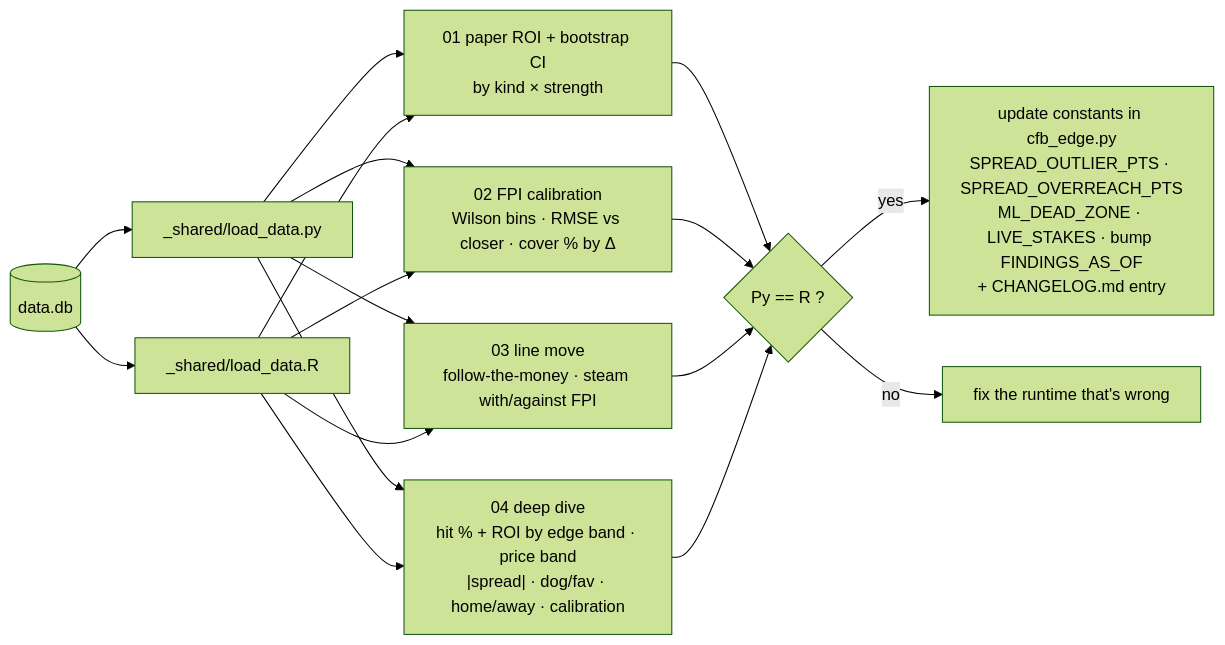
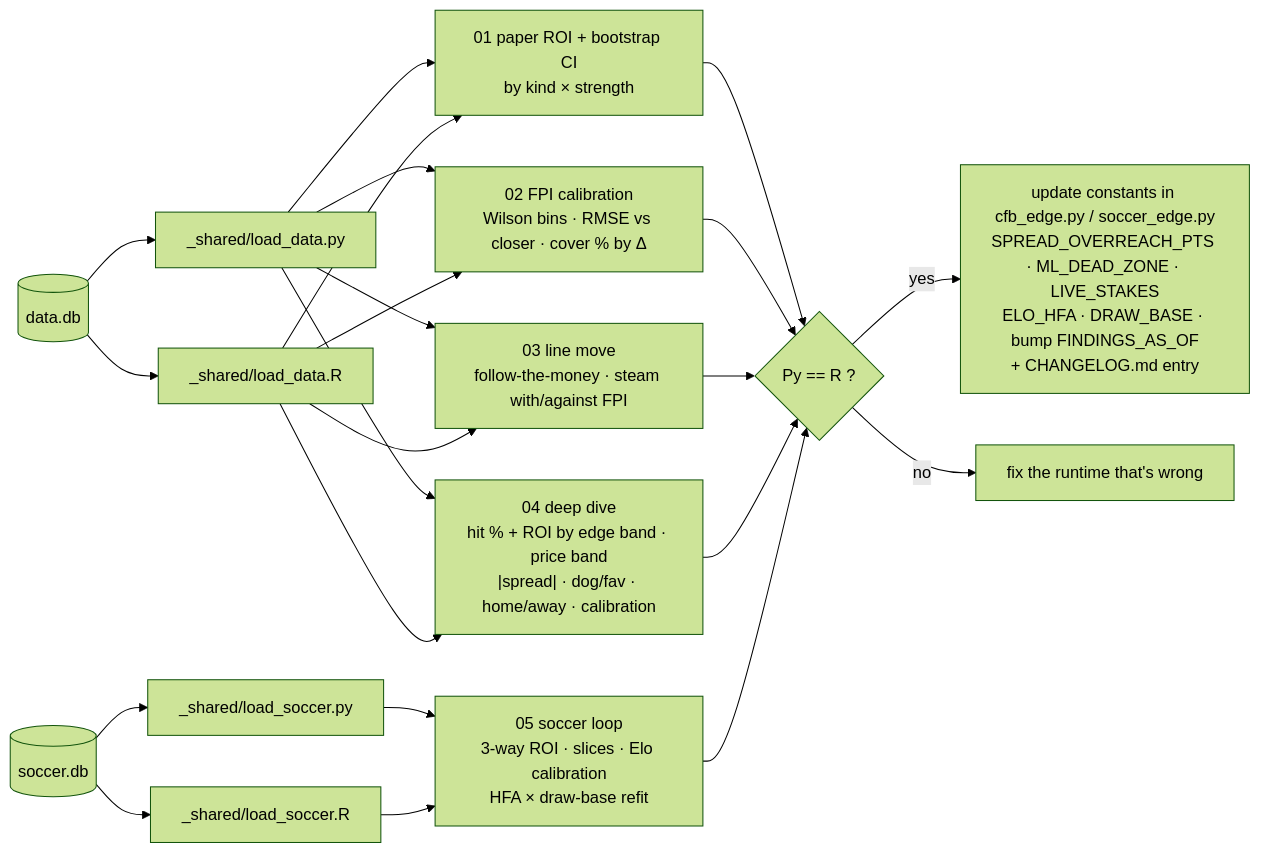
Before and after one commit to wbp318/cfb_pro_soccer_2026: the ninth of 13 diagrams in README.md, drawn with Mermaid (forest theme). The commit also changed other lines of this file and 10 other files, not shown here.

````diff
--- a/README.md
+++ b/README.md
@@ -562,12 +566,15 @@
 ```mermaid
 flowchart LR
     DB[("data.db")] --> L1["_shared/load_data.py"]
     DB --> L2["_shared/load_data.R"]
     L1 & L2 --> S1["01 paper ROI + bootstrap CI\nby kind × strength"]
     L1 & L2 --> S2["02 FPI calibration\nWilson bins · RMSE vs closer · cover % by Δ"]
     L1 & L2 --> S3["03 line move\nfollow-the-money · steam with/against FPI"]
     L1 & L2 --> S4["04 deep dive\nhit % + ROI by edge band · price band\n|spread| · dog/fav · home/away · calibration"]
-    S1 & S2 & S3 & S4 --> V{"Py == R ?"}
-    V -- yes --> C["update constants in cfb_edge.py\nSPREAD_OUTLIER_PTS · SPREAD_OVERREACH_PTS\nML_DEAD_ZONE · LIVE_STAKES · bump FINDINGS_AS_OF\n+ CHANGELOG.md entry"]
+    SDB[("soccer.db")] --> L3["_shared/load_soccer.py"]
+    SDB --> L4["_shared/load_soccer.R"]
+    L3 & L4 --> S5["05 soccer loop\n3-way ROI · slices · Elo calibration\nHFA × draw-base refit"]
+    S1 & S2 & S3 & S4 & S5 --> V{"Py == R ?"}
+    V -- yes --> C["update constants in cfb_edge.py / soccer_edge.py\nSPREAD_OVERREACH_PTS · ML_DEAD_ZONE · LIVE_STAKES\nELO_HFA · DRAW_BASE · bump FINDINGS_AS_OF\n+ CHANGELOG.md entry"]
     V -- no --> BUG["fix the runtime that's wrong"]
 ```
````
